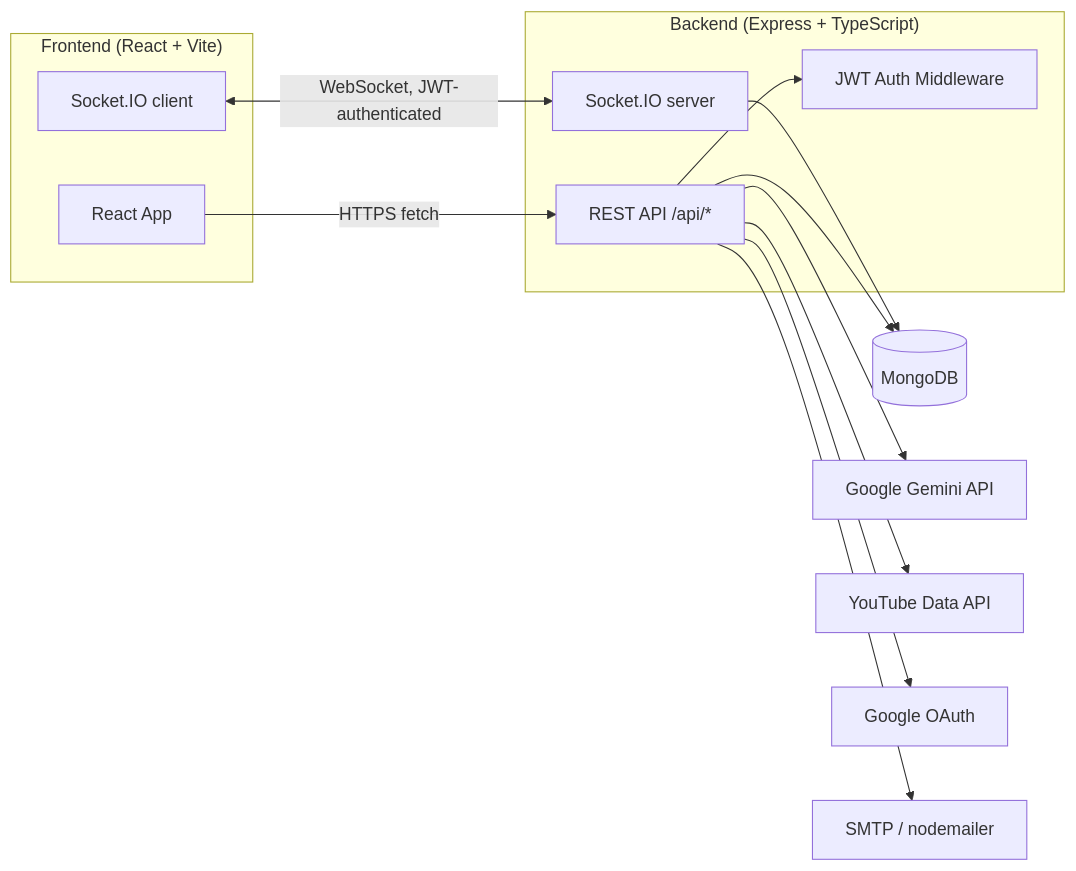
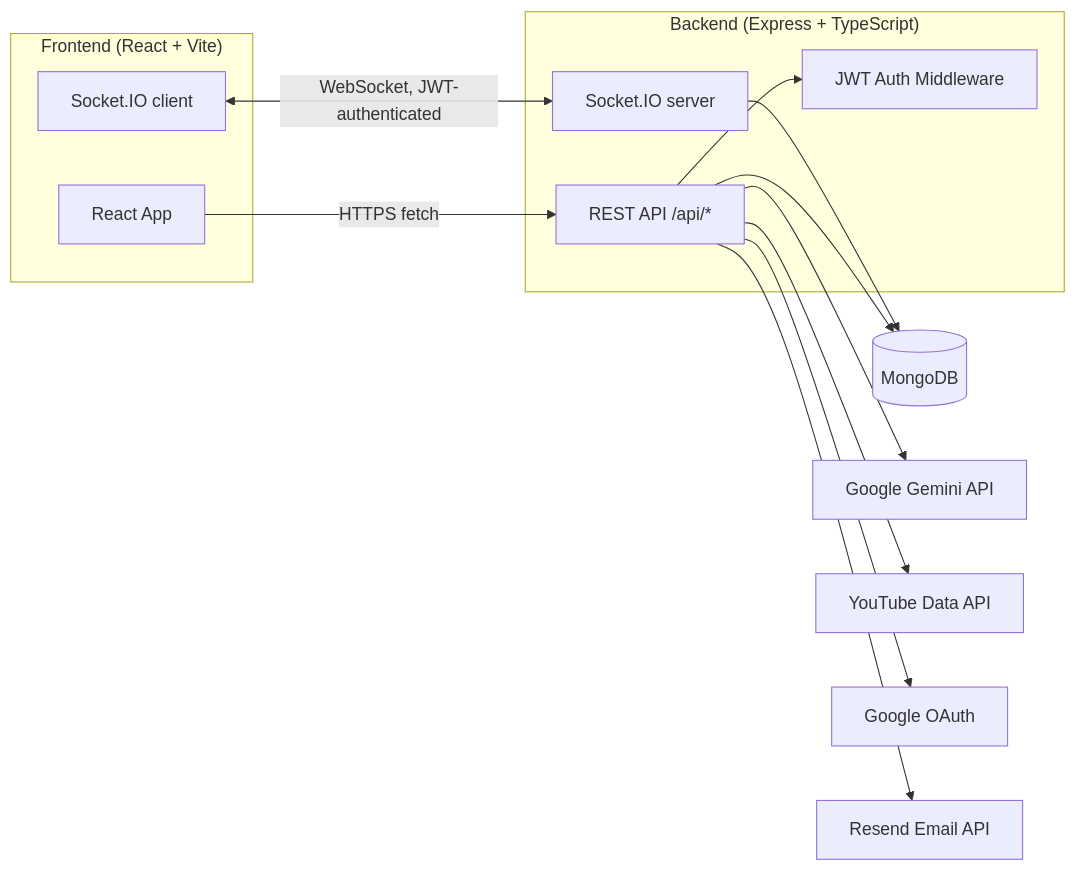
The diagram in README.md (Harshit-sistec/HackInMotion-RICR-HIM-1131), drawn with Mermaid before and after one commit. The commit also changed other lines of this file and 7 other files, not shown here.

First line of the commit message:
Switch email delivery from SMTP to Resend's HTTP API

````diff
--- a/README.md
+++ b/README.md
@@ -282,30 +279,30 @@
 ```mermaid
 flowchart LR
     subgraph Client["Frontend (React + Vite)"]
         UI[React App]
         SocketClient[Socket.IO client]
     end
 
     subgraph Server["Backend (Express + TypeScript)"]
         API[REST API /api/*]
         SocketServer[Socket.IO server]
         Auth[JWT Auth Middleware]
     end
 
     DB[(MongoDB)]
     Gemini[Google Gemini API]
     YouTube[YouTube Data API]
     GoogleOAuth[Google OAuth]
-    SMTP[SMTP / nodemailer]
+    Resend[Resend Email API]
 
     UI -->|HTTPS fetch| API
     SocketClient <-->|WebSocket, JWT-authenticated| SocketServer
 
     API --> Auth
     API --> DB
     API --> Gemini
     API --> YouTube
     API --> GoogleOAuth
-    API --> SMTP
+    API --> Resend
     SocketServer --> DB
 ```
````
